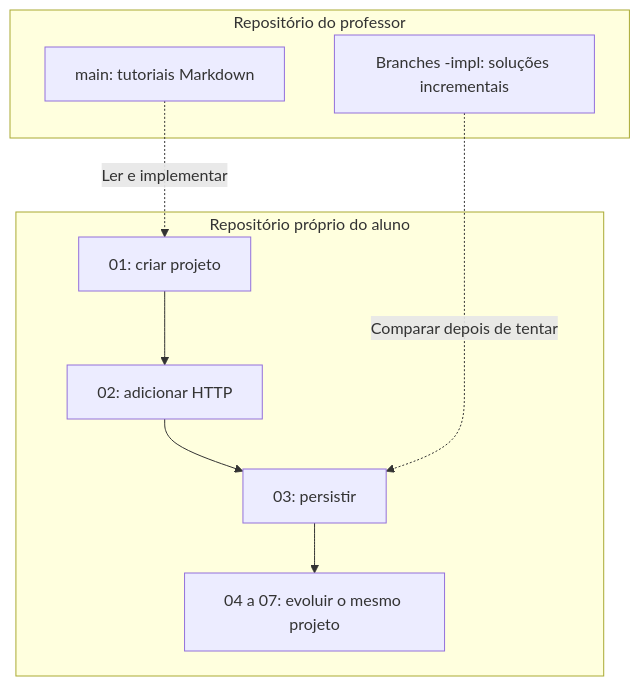
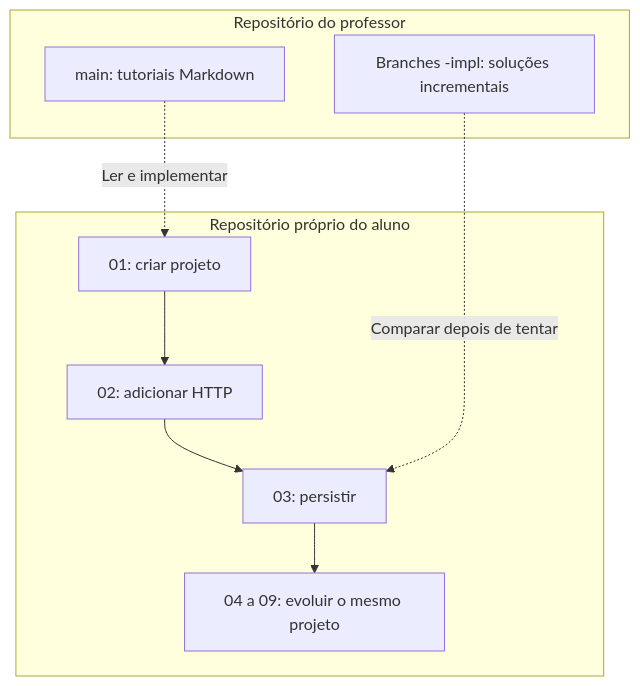
The diagram in docs/como-estudar.md (e24Dev/CaixaDeSugestoes), drawn with Mermaid before and after one commit. The commit also changed other lines of this file and 7 other files, not shown here.

Commit message:
docs: synchronize security lessons and validated diagrams

````diff
--- a/docs/como-estudar.md
+++ b/docs/como-estudar.md
@@ -49,14 +51,14 @@
 ```mermaid
 flowchart TB
     subgraph Professor["Repositório do professor"]
         Material["main: tutoriais Markdown"]
         Apoio["Branches -impl: soluções incrementais"]
     end
     subgraph Aluno["Repositório próprio do aluno"]
         Etapa1["01: criar projeto"] --> Etapa2["02: adicionar HTTP"]
         Etapa2 --> Etapa3["03: persistir"]
-        Etapa3 --> Restante["04 a 07: evoluir o mesmo projeto"]
+        Etapa3 --> Restante["04 a 09: evoluir o mesmo projeto"]
     end
     Material -.->|"Ler e implementar"| Etapa1
     Apoio -.->|"Comparar depois de tentar"| Etapa3
 ```
````
